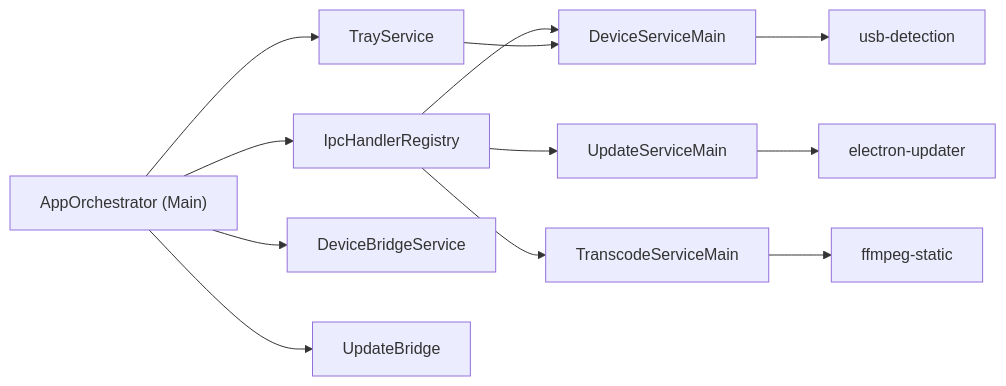
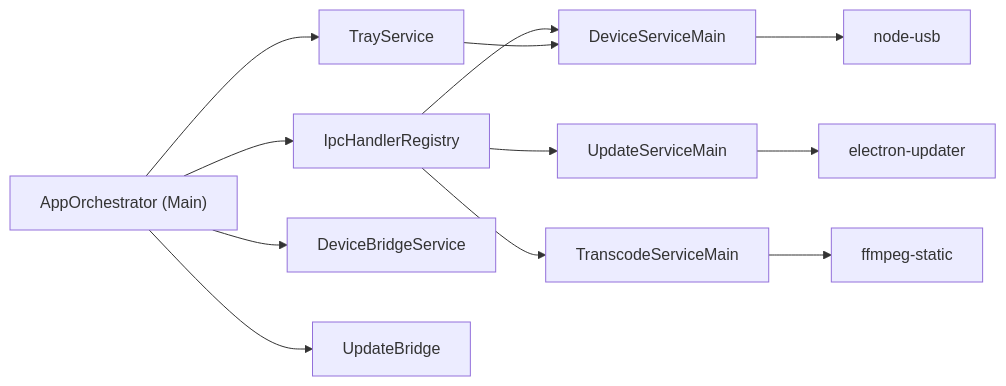
One commit to josstei/prismgb-app changed the fifth of 6 diagrams in docs/architecture-diagrams-onboarding.md. Above: the diagram before and after it, drawn with Mermaid. The commit also changed 15 other files, not shown here.

First line of the commit message:
refactor(devices): migrate from usb-detection to node-usb

````diff
--- a/docs/architecture-diagrams-onboarding.md
+++ b/docs/architecture-diagrams-onboarding.md
@@ -83,27 +83,27 @@
 ```mermaid
 flowchart LR
   AppOrchestrator["AppOrchestrator (Main)"]
   IpcHandlerRegistry[IpcHandlerRegistry]
   TrayService[TrayService]
   DeviceBridge[DeviceBridgeService]
   UpdateBridge[UpdateBridge]
   DeviceServiceMain[DeviceServiceMain]
   UpdateServiceMain[UpdateServiceMain]
   TranscodeServiceMain[TranscodeServiceMain]
-  UsbDetection[usb-detection]
+  UsbMonitor[node-usb]
   AutoUpdater[electron-updater]
   FFmpeg[ffmpeg-static]
 
   AppOrchestrator --> IpcHandlerRegistry
   AppOrchestrator --> TrayService
   AppOrchestrator --> DeviceBridge
   AppOrchestrator --> UpdateBridge
 
   IpcHandlerRegistry --> DeviceServiceMain
   IpcHandlerRegistry --> UpdateServiceMain
   IpcHandlerRegistry --> TranscodeServiceMain
   TrayService --> DeviceServiceMain
-  DeviceServiceMain --> UsbDetection
+  DeviceServiceMain --> UsbMonitor
   UpdateServiceMain --> AutoUpdater
   TranscodeServiceMain --> FFmpeg
 ```
````
